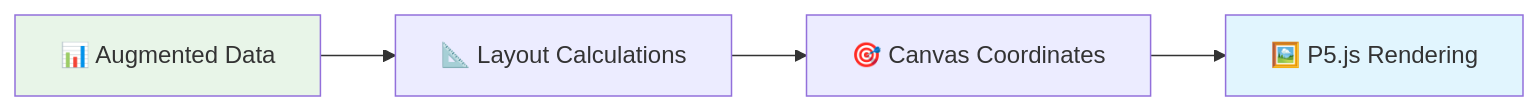
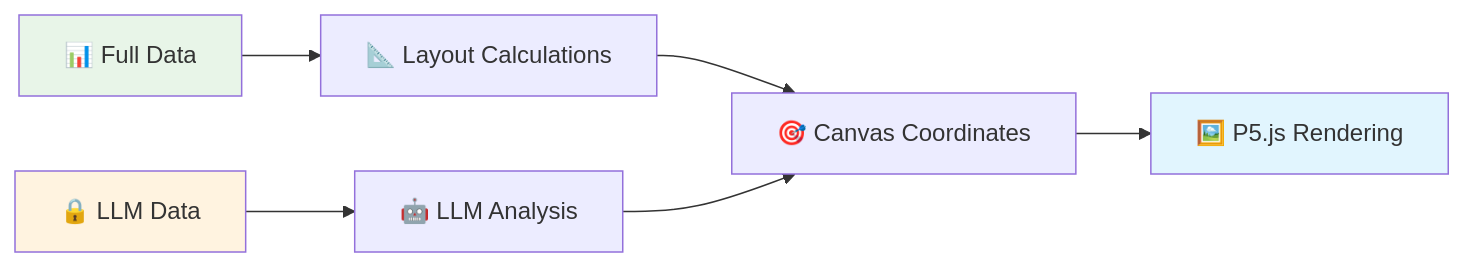
The fourth of 5 diagrams in docs/data-flow.md (kevinmaes/generation-art), drawn with Mermaid before and after one commit. The commit also changed other lines of this file and 4 other files, not shown here.

````diff
--- a/docs/data-flow.md
+++ b/docs/data-flow.md
@@ -73,9 +82,12 @@
 ```mermaid
 graph LR
-    A[📊 Augmented Data] --> B[📐 Layout Calculations]
-    B --> C[🎯 Canvas Coordinates]
-    C --> D[🖼️ P5.js Rendering]
+    A[📊 Full Data] --> B[📐 Layout Calculations]
+    A2[🔒 LLM Data] --> C[🤖 LLM Analysis]
+    B --> D[🎯 Canvas Coordinates]
+    C --> D
+    D --> E[🖼️ P5.js Rendering]
 
     style A fill:#e8f5e8
-    style D fill:#e1f5fe
+    style A2 fill:#fff3e0
+    style E fill:#e1f5fe
 ```
````
